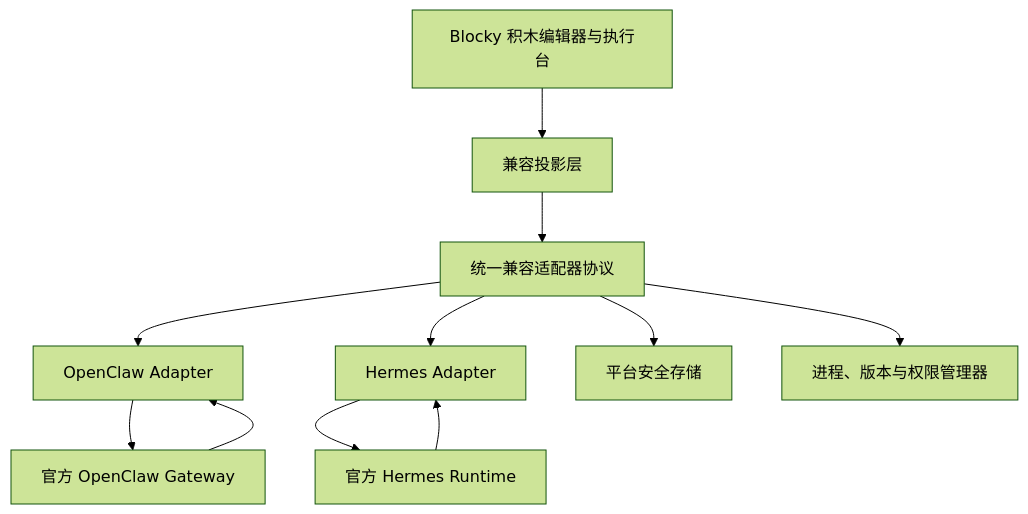
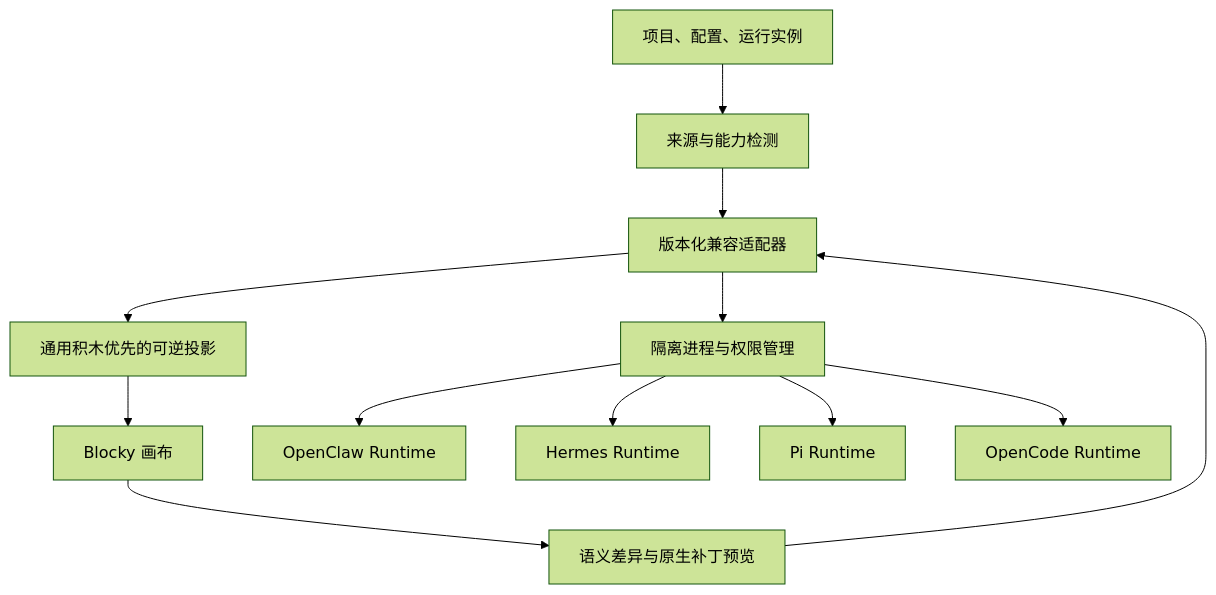
One commit to q2955161835-debug/Blocky-AI changed the diagram in doc/技术设计/ADR-002-原生Agent兼容运行时.md. Above: the diagram before and after it, drawn with Mermaid (forest theme). The commit also changed other lines of this file and 13 other files, not shown here.

````diff
--- a/doc/技术设计/ADR-002-原生Agent兼容运行时.md
+++ b/doc/技术设计/ADR-002-原生Agent兼容运行时.md
@@ -28,13 +39,14 @@
 ```mermaid
 flowchart TB
-  UI["Blocky 积木编辑器与执行台"] --> Projection["兼容投影层"]
-  Projection --> Contract["统一兼容适配器协议"]
-  Contract --> OpenClawAdapter["OpenClaw Adapter"]
-  Contract --> HermesAdapter["Hermes Adapter"]
-  OpenClawAdapter --> OpenClawRuntime["官方 OpenClaw Gateway"]
-  HermesAdapter --> HermesRuntime["官方 Hermes Runtime"]
-  OpenClawRuntime --> OpenClawAdapter
-  HermesRuntime --> HermesAdapter
-  Contract --> Secrets["平台安全存储"]
-  Contract --> Supervisor["进程、版本与权限管理器"]
+  Sources["项目、配置、运行实例"] --> Detector["来源与能力检测"]
+  Detector --> Adapter["版本化兼容适配器"]
+  Adapter --> Projection["通用积木优先的可逆投影"]
+  Projection --> Canvas["Blocky 画布"]
+  Canvas --> Diff["语义差异与原生补丁预览"]
+  Diff --> Adapter
+  Adapter --> Supervisor["隔离进程与权限管理"]
+  Supervisor --> OpenClaw["OpenClaw Runtime"]
+  Supervisor --> Hermes["Hermes Runtime"]
+  Supervisor --> Pi["Pi Runtime"]
+  Supervisor --> OpenCode["OpenCode Runtime"]
 ```
````
